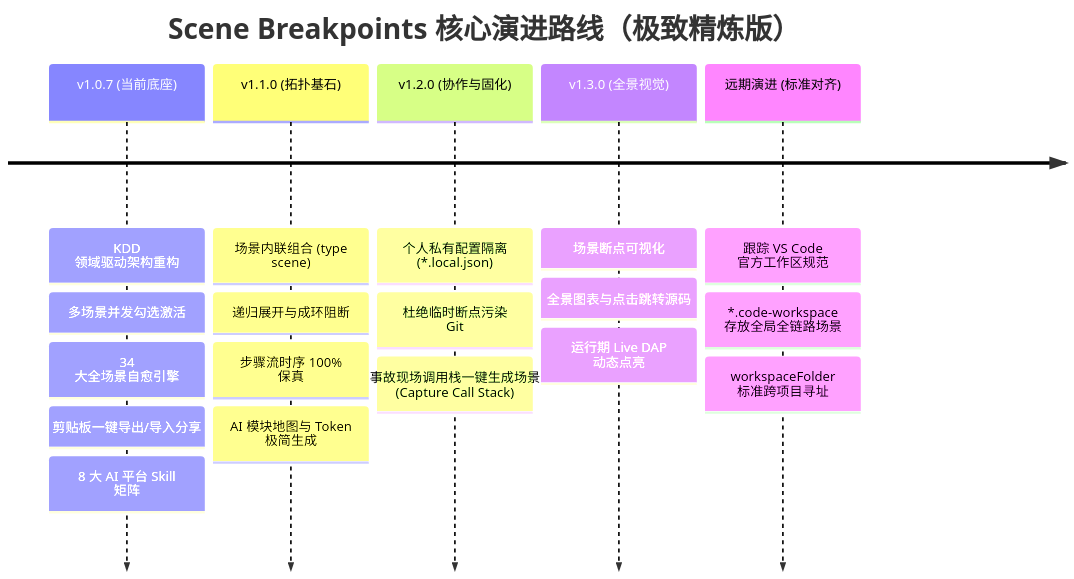
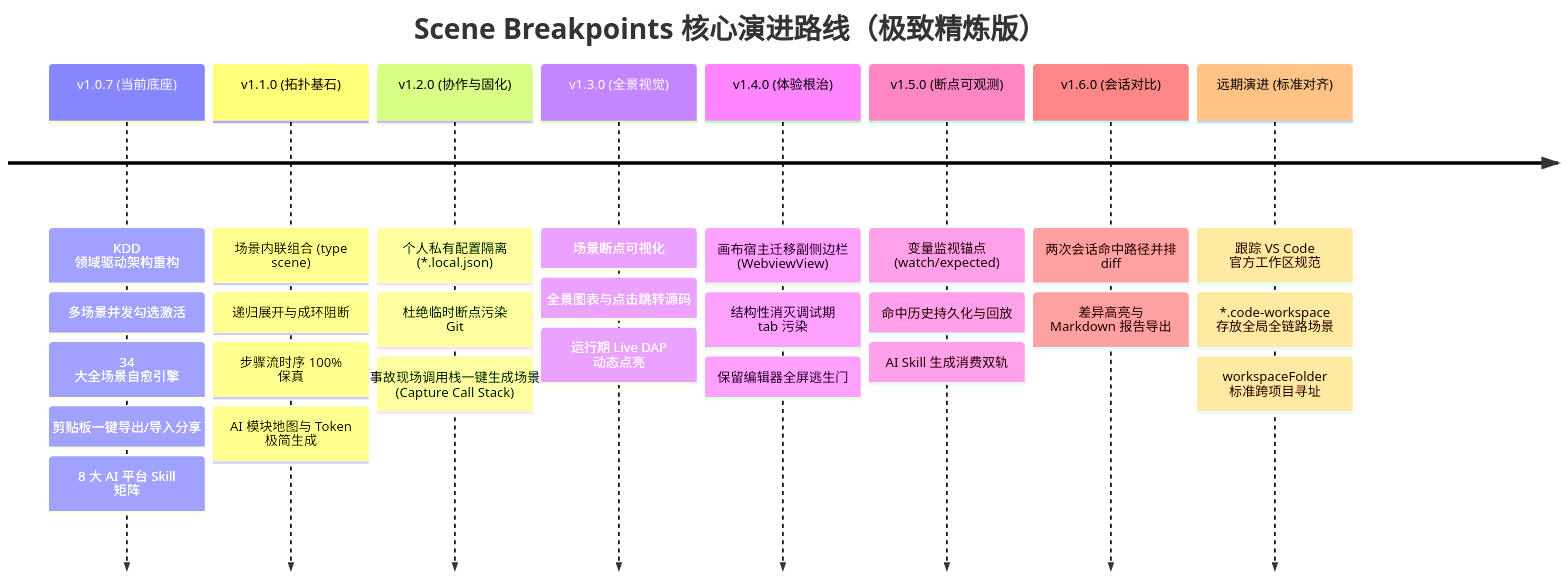
Before and after one commit to Tonys-L/scene-breakpoints-vscode: the diagram in docs/roadmap.md, drawn with Mermaid. The commit also changed other lines of this file, not shown here.

Commit message:
docs: roadmap 纳入 v1.4.0~v1.6.0 演进规划（画布根治/断点可观测/会话对比）与 AI 协同双轨批次

````diff
--- a/docs/roadmap.md
+++ b/docs/roadmap.md
@@ -27,9 +38,12 @@
 ```mermaid
 timeline
     title Scene Breakpoints 核心演进路线（极致精炼版）
     v1.0.7 (当前底座) : KDD 领域驱动架构重构 : 多场景并发勾选激活 : 34 大全场景自愈引擎 : 剪贴板一键导出/导入分享 : 8 大 AI 平台 Skill 矩阵
     v1.1.0 (拓扑基石) : 场景内联组合 (type scene) : 递归展开与成环阻断 : 步骤流时序 100% 保真 : AI 模块地图与 Token 极简生成
     v1.2.0 (协作与固化) : 个人私有配置隔离 (*.local.json) : 杜绝临时断点污染 Git : 事故现场调用栈一键生成场景 (Capture Call Stack)
     v1.3.0 (全景视觉) : 场景断点可视化 : 全景图表与点击跳转源码 : 运行期 Live DAP 动态点亮
+    v1.4.0 (体验根治) : 画布宿主迁移副侧边栏 (WebviewView) : 结构性消灭调试期 tab 污染 : 保留编辑器全屏逃生门
+    v1.5.0 (断点可观测) : 变量监视锚点 (watch/expected) : 命中历史持久化与回放 : AI Skill 生成消费双轨
+    v1.6.0 (会话对比) : 两次会话命中路径并排 diff : 差异高亮与 Markdown 报告导出
     远期演进 (标准对齐) : 跟踪 VS Code 官方工作区规范 : *.code-workspace 存放全局全链路场景 : workspaceFolder 标准跨项目寻址
 ```
````
